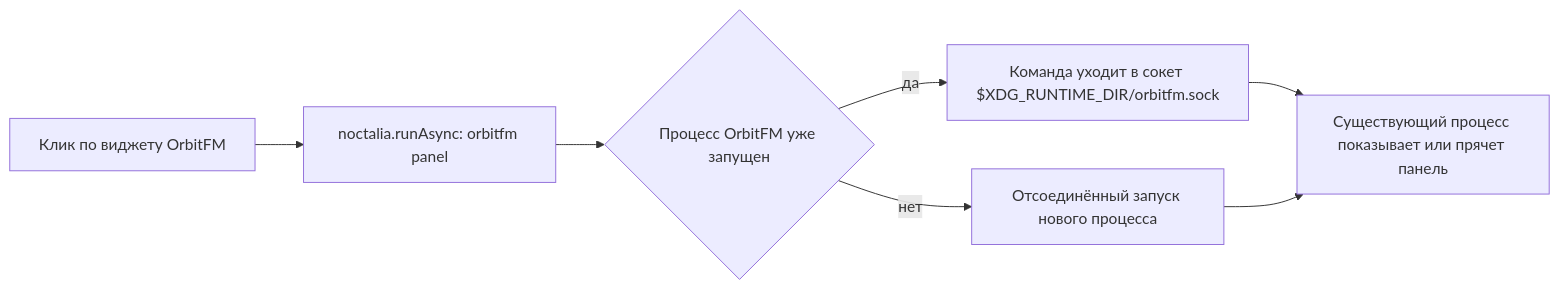
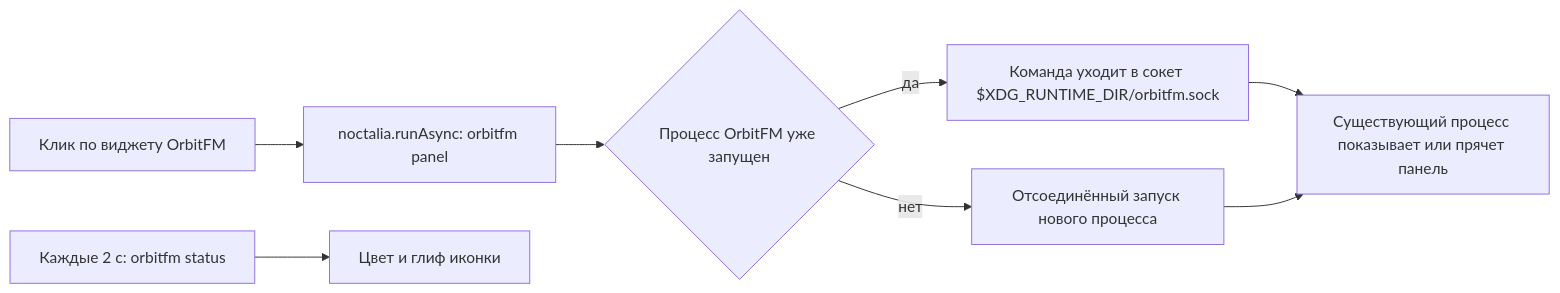
Before and after one commit to ModernByte/orbitfm: the diagram in docs/wiki/06-Noctalia.md, drawn with Mermaid. The commit also changed other lines of this file and 113 other files, not shown here.

````diff
--- a/docs/wiki/06-Noctalia.md
+++ b/docs/wiki/06-Noctalia.md
@@ -37,9 +40,10 @@
 ```mermaid
 flowchart LR
     A[Клик по виджету OrbitFM] --> B["noctalia.runAsync: orbitfm panel"]
     B --> C{Процесс OrbitFM уже запущен}
     C -- да --> D["Команда уходит в сокет $XDG_RUNTIME_DIR/orbitfm.sock"]
     D --> E["Существующий процесс показывает или прячет панель"]
     C -- нет --> F["Отсоединённый запуск нового процесса"]
     F --> E
+    A2["Каждые 2 с: orbitfm status"] --> G["Цвет и глиф иконки"]
 ```
````
